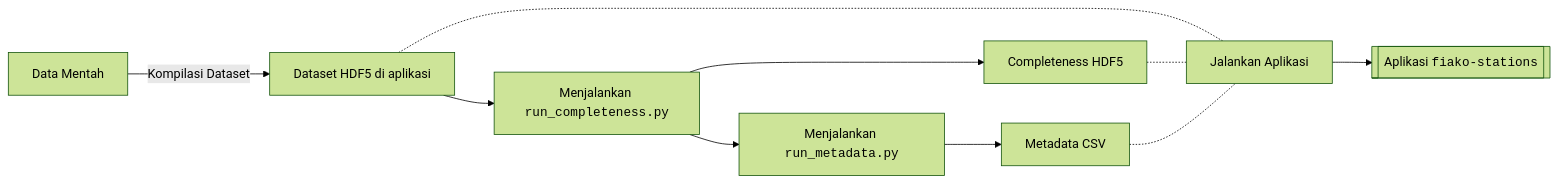
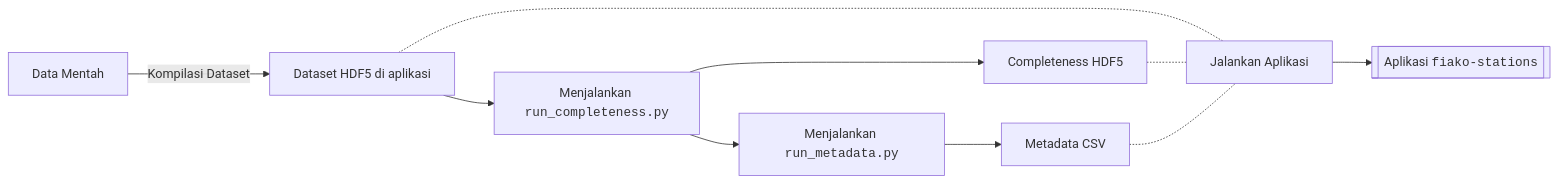
Before and after one commit to fiakoengineering/manual: the fourth of 5 diagrams in hidrokit/webapps-rainfall.qmd, drawn with Mermaid. The commit also changed other lines of this file and 7 other files, not shown here.

````diff
--- a/hidrokit/webapps-rainfall.qmd
+++ b/hidrokit/webapps-rainfall.qmd
@@ -561,28 +558,27 @@
 ```{mermaid}
 %%| label: fig-prepare-fiako-stations
 %%| fig-cap: Gambaran persiapan aplikasi `fiako-stations`.
 %%| fig-align: center
 %%| fig-width: 100%
-%%{ init: { 'flowchart':{'curve': 'bump'}, 'theme': 'forest' } }%%
 flowchart LR
     rawdata[Data Mentah]
     storedata[Dataset HDF5 di aplikasi]
     completescript[Menjalankan <code>run_completeness.py</code>]
     metadatascript[Menjalankan <code>run_metadata.py</code>]
     outcomplete[Completeness HDF5]
     outmetadata[Metadata CSV]
     aplikasi[["Aplikasi <code>fiako-stations</code>"]]
     runapp["Jalankan Aplikasi"]
 
     rawdata -- Kompilasi Dataset --> storedata
     completescript --> metadatascript
     metadatascript --> outmetadata
     storedata --> completescript
     completescript --> outcomplete
 
     storedata -.- runapp
     outcomplete -.- runapp
     outmetadata -.- runapp
     runapp --> aplikasi
 
 ```
````
